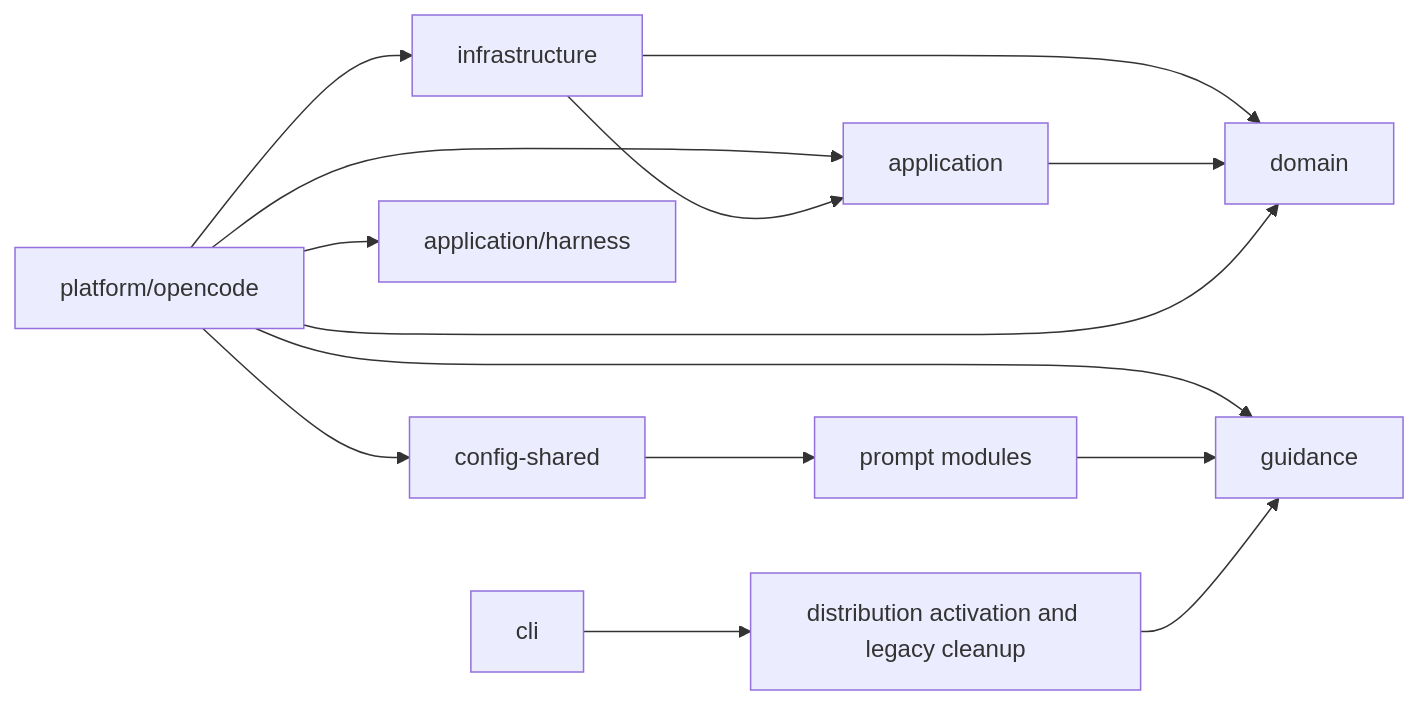
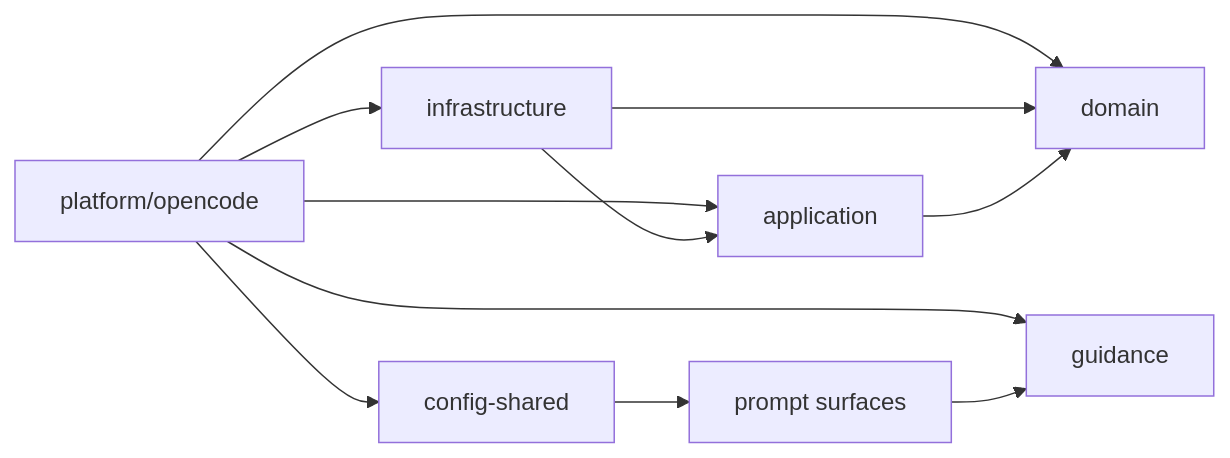
Before and after one commit to ddv1982/flow-opencode: the diagram in docs/architecture/allowed-cross-layer-dependencies.md, drawn with Mermaid. The commit also changed other lines of this file and 238 other files, not shown here.

First line of the commit message:
Release Flow 6.0.0 simplicity-first lifecycle lore

````diff
--- a/docs/architecture/allowed-cross-layer-dependencies.md
+++ b/docs/architecture/allowed-cross-layer-dependencies.md
@@ -5,16 +5,13 @@
 ```mermaid
 flowchart LR
-    Platform[platform/opencode] --> Infrastructure[infrastructure]
+    Platform["platform/opencode"] --> Infrastructure[infrastructure]
     Platform --> Application[application]
-    Infrastructure --> Application[application]
-    Infrastructure --> Domain[domain]
-    Application --> Domain[domain]
-    Platform --> Domain
+    Platform --> Domain[domain]
     Platform --> Guidance[guidance]
     Platform --> Config[config-shared]
-    Platform --> Harness[application/harness]
-    Config --> Prompts[prompt modules]
+    Infrastructure --> Application
+    Infrastructure --> Domain
+    Application --> Domain
+    Config --> Prompts["prompt surfaces"]
     Prompts --> Guidance
-    Distribution[distribution activation and legacy cleanup] --> Guidance
-    CLI[cli] --> Distribution
 ```
````
